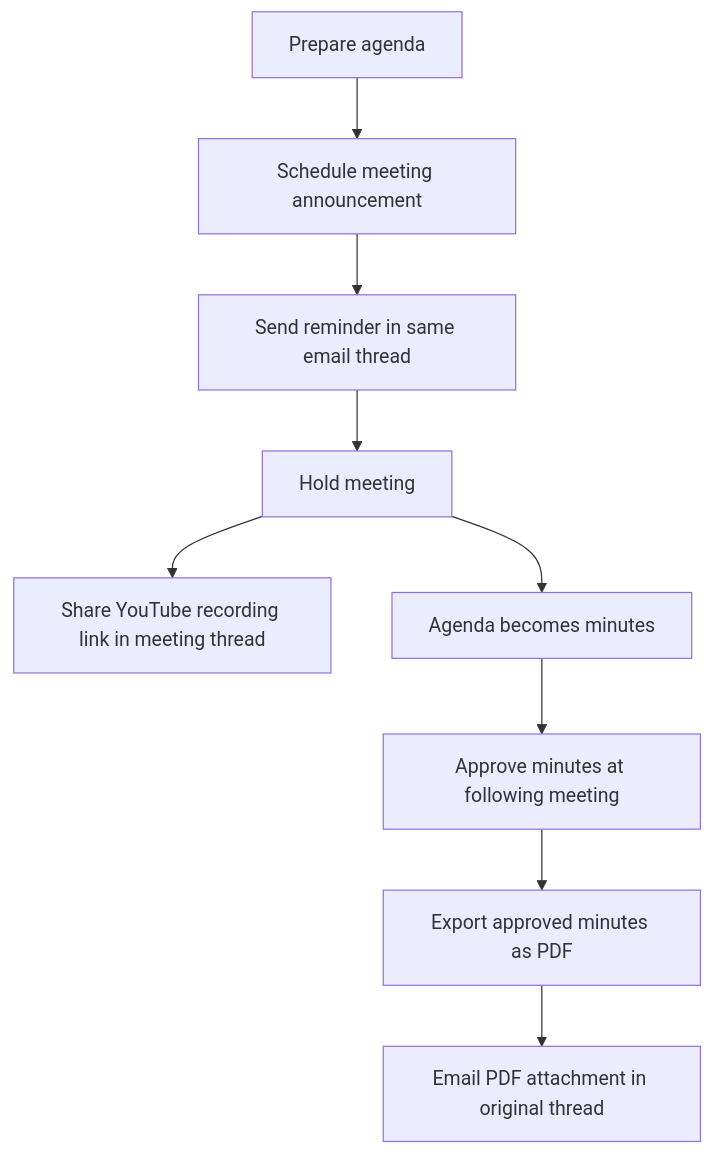
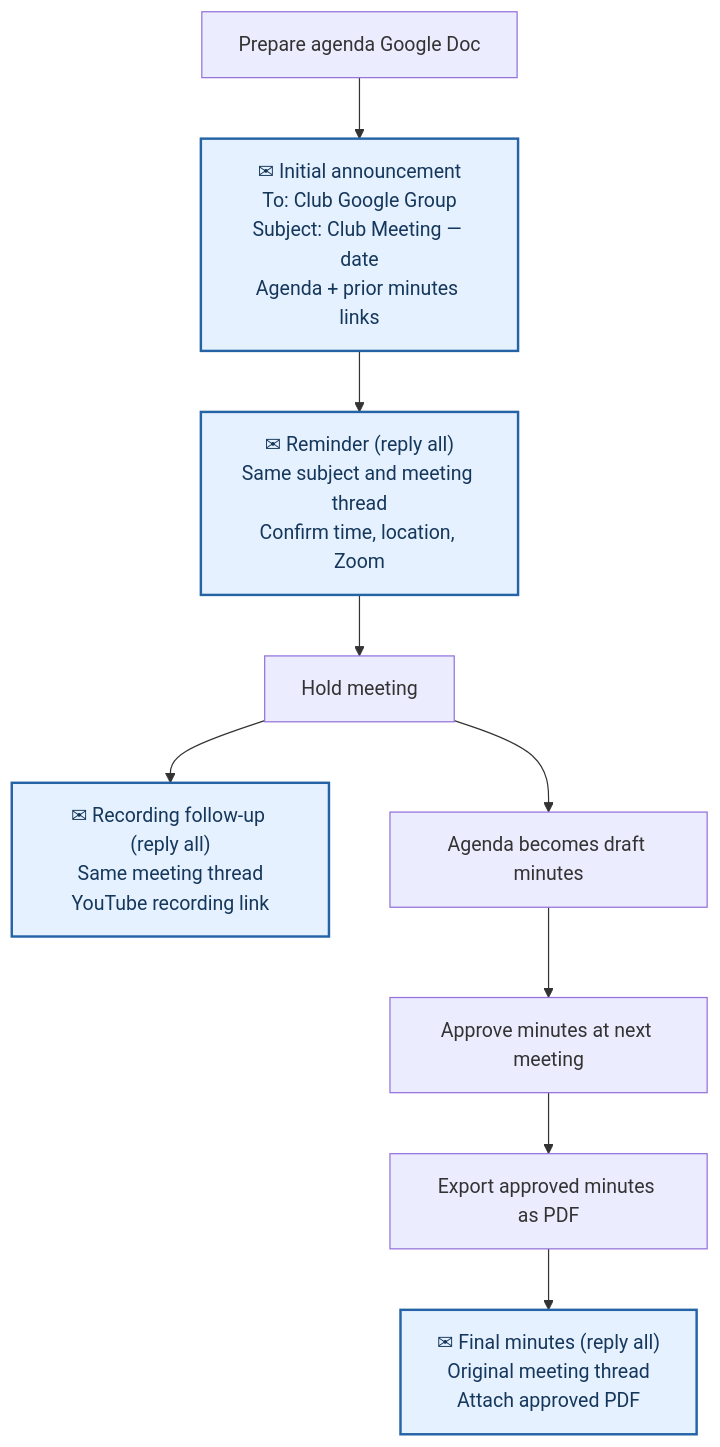
Before and after one commit to SFFilAmLions/club-handbook: the first of 2 diagrams in docs/secretary/meeting-lifecycle.md, drawn with Mermaid. The commit also changed other lines of this file, not shown here.

Commit message:
docs(secretary): distinguish email steps and add subject/thread detail to Mermaid charts

````diff
--- a/docs/secretary/meeting-lifecycle.md
+++ b/docs/secretary/meeting-lifecycle.md
@@ -7,11 +7,13 @@
 ```mermaid
 flowchart TD
-    A["Prepare agenda"] --> B["Schedule meeting announcement"]
-    B --> C["Send reminder in same email thread"]
+    A["Prepare agenda Google Doc"] --> B["✉ Initial announcement<br/>To: Club Google Group<br/>Subject: Club Meeting — date<br/>Agenda + prior minutes links"]
+    B --> C["✉ Reminder (reply all)<br/>Same subject and meeting thread<br/>Confirm time, location, Zoom"]
     C --> D["Hold meeting"]
-    D --> E["Share YouTube recording link in meeting thread"]
-    D --> F["Agenda becomes minutes"]
-    F --> G["Approve minutes at following meeting"]
+    D --> E["✉ Recording follow-up (reply all)<br/>Same meeting thread<br/>YouTube recording link"]
+    D --> F["Agenda becomes draft minutes"]
+    F --> G["Approve minutes at next meeting"]
     G --> H["Export approved minutes as PDF"]
-    H --> I["Email PDF attachment in original thread"]
+    H --> I["✉ Final minutes (reply all)<br/>Original meeting thread<br/>Attach approved PDF"]
+    classDef email fill:#e6f1ff,stroke:#2463a6,stroke-width:2px,color:#15375b
+    class B,C,E,I email
 ```
````
